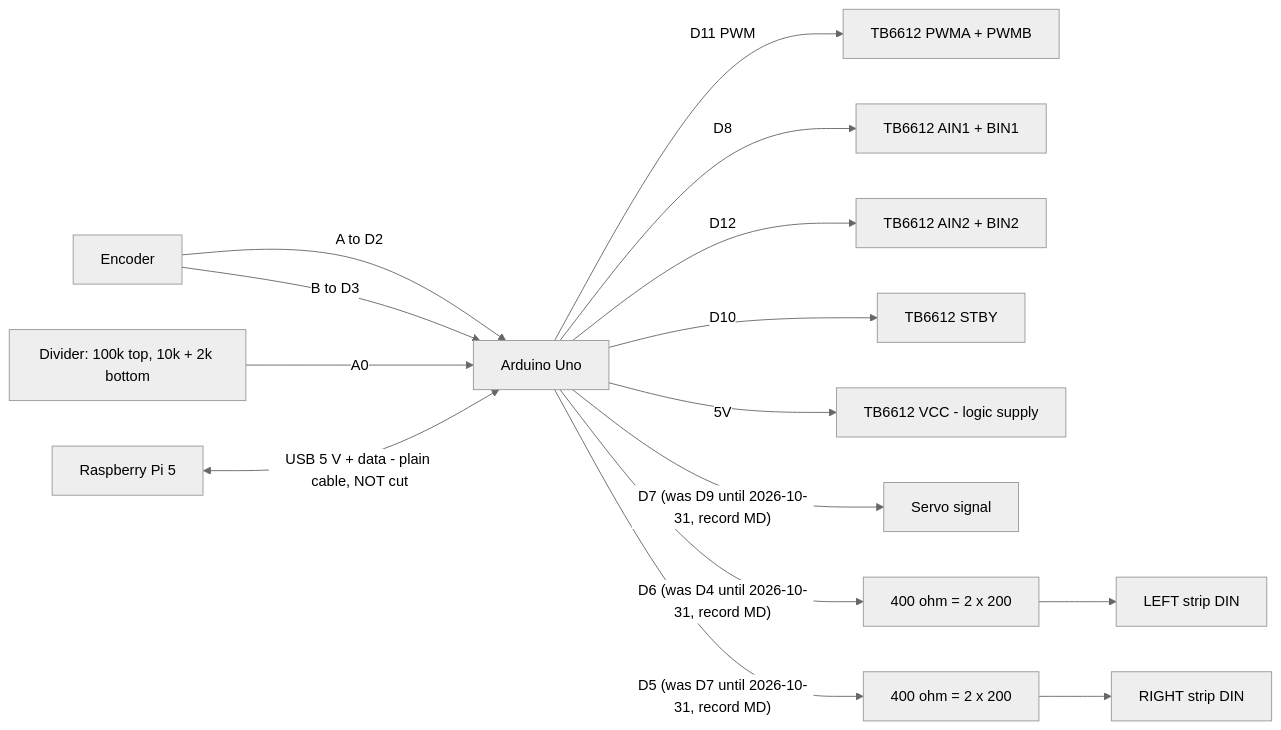
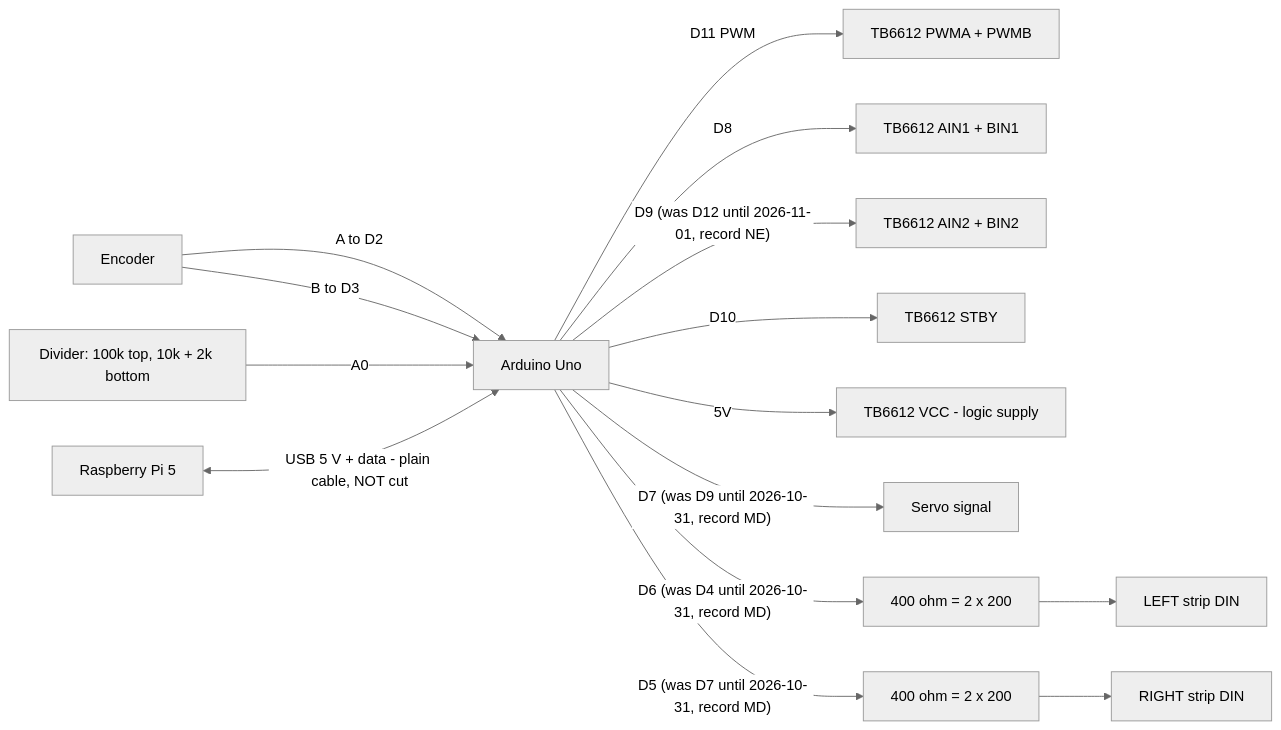
The second of 3 diagrams in docs/WIRING_PROTOSHIELD.md (Evan-Daruwalla/vision-autonomous-car), drawn with Mermaid (neutral theme) before and after one commit. The commit also changed other lines of this file and 26 other files, not shown here.

````diff
--- a/docs/WIRING_PROTOSHIELD.md
+++ b/docs/WIRING_PROTOSHIELD.md
@@ -115,17 +115,17 @@
 ```mermaid
 flowchart LR
   UNO["Arduino Uno"]
   UNO -- "D11 PWM" --> TBP["TB6612 PWMA + PWMB"]
   UNO -- "D8" --> TBA["TB6612 AIN1 + BIN1"]
-  UNO -- "D12" --> TBB["TB6612 AIN2 + BIN2"]
+  UNO -- "D9 (was D12 until 2026-11-01, record NE)" --> TBB["TB6612 AIN2 + BIN2"]
   UNO -- "D10" --> TBS["TB6612 STBY"]
   UNO -- "5V" --> TBV["TB6612 VCC - logic supply"]
   UNO -- "D7 (was D9 until 2026-10-31, record MD)" --> SERVO["Servo signal"]
   UNO -- "D6 (was D4 until 2026-10-31, record MD)" --> RL["400 ohm = 2 x 200"] --> SL["LEFT strip DIN"]
   UNO -- "D5 (was D7 until 2026-10-31, record MD)" --> RR["400 ohm = 2 x 200"] --> SR["RIGHT strip DIN"]
   ENC["Encoder"] -- "A to D2" --> UNO
   ENC -- "B to D3" --> UNO
   DIV["Divider: 100k top, 10k + 2k bottom"] -- "A0" --> UNO
   %% 2026-10-29 (record JF): was "USB data - 5 V wire CUT" - superseded, the cable is plain
   PI["Raspberry Pi 5"] <-- "USB 5 V + data - plain cable, NOT cut" --> UNO
 ```
````
